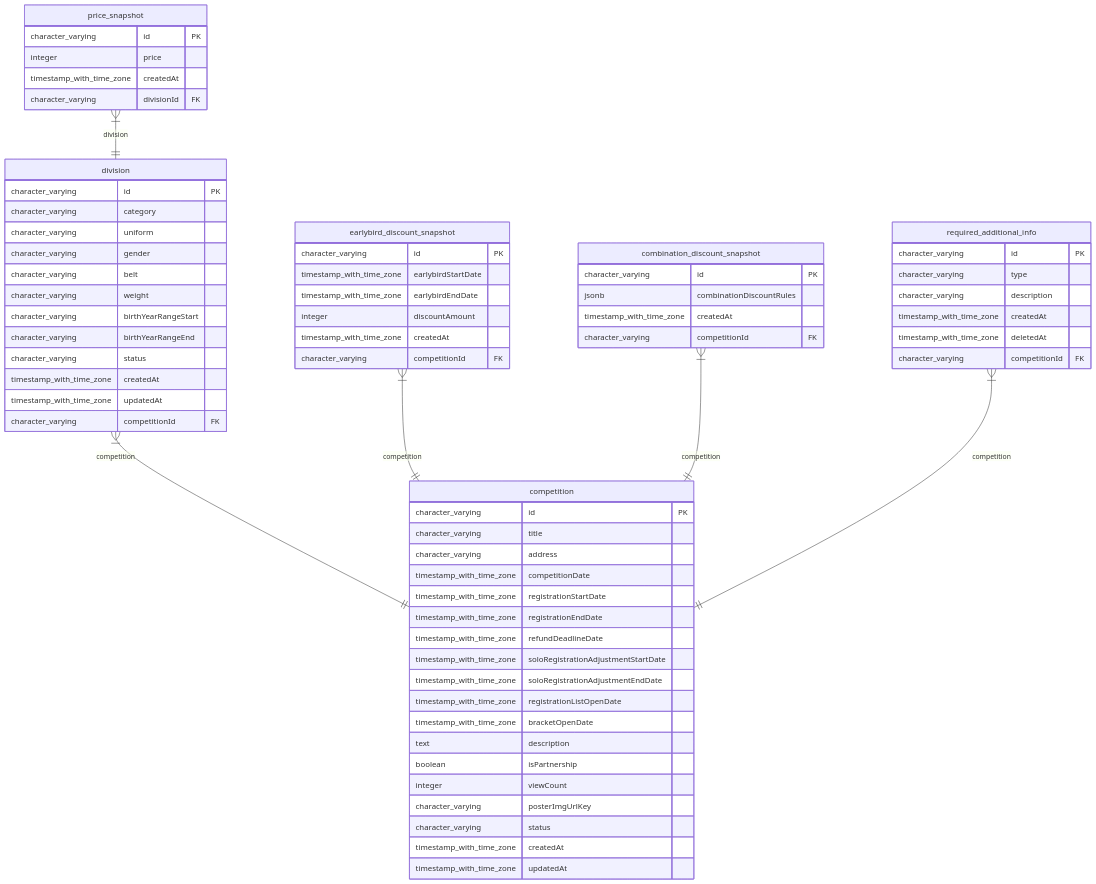
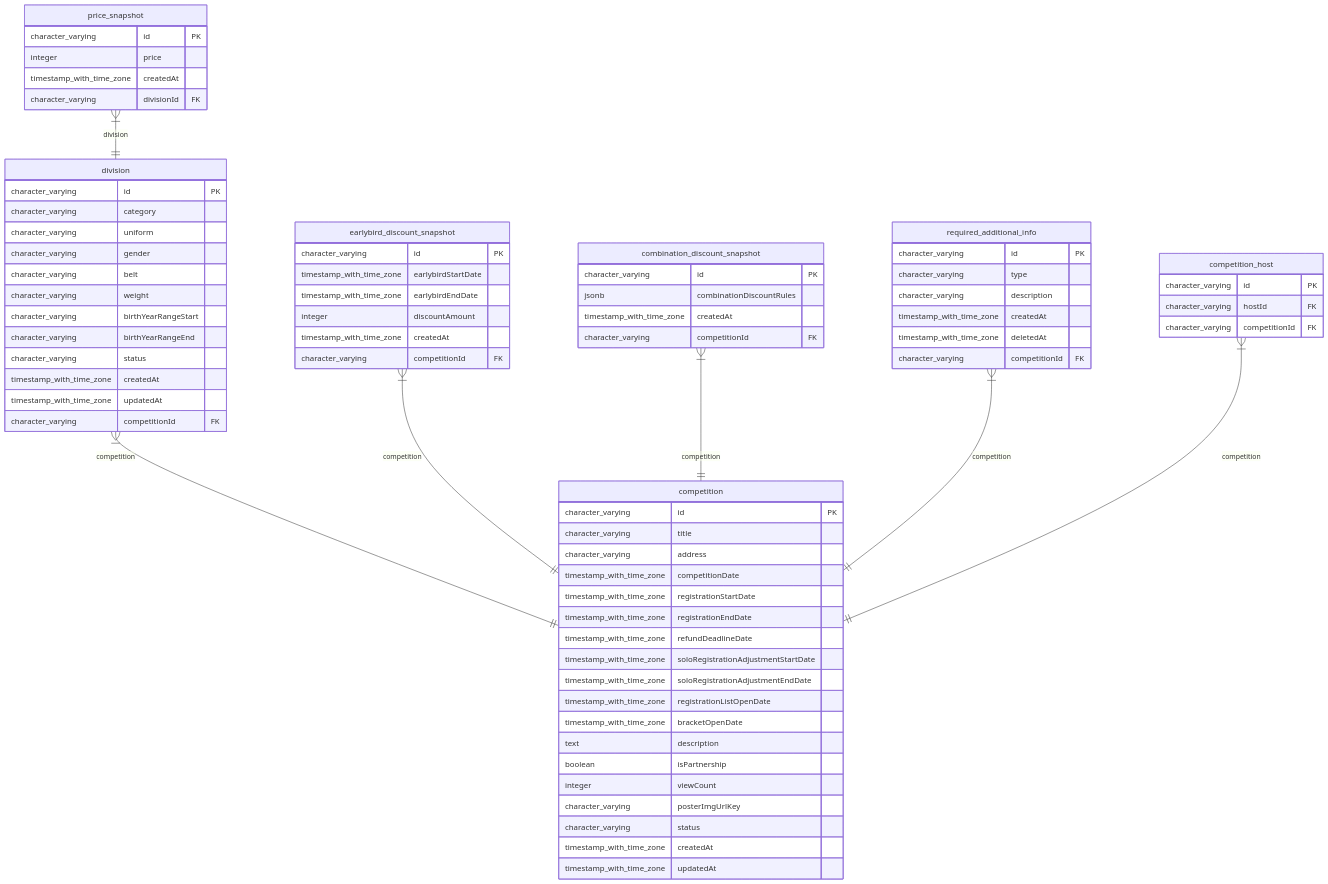
Before and after one commit to NAJUHA-JIUJITSU/najuha-v2-be: the second of 3 diagrams in docs/najiha-v2-erd.md, drawn with Mermaid. The commit also changed other lines of this file and 14 other files, not shown here.

````diff
--- a/docs/najiha-v2-erd.md
+++ b/docs/najiha-v2-erd.md
@@ -213,70 +212,76 @@
 ```mermaid
 erDiagram
   price_snapshot {
     character_varying id PK
     integer price
     timestamp_with_time_zone createdAt
     character_varying divisionId FK
   }
   division {
     character_varying id PK
     character_varying category
     character_varying uniform
     character_varying gender
     character_varying belt
     character_varying weight
     character_varying birthYearRangeStart
     character_varying birthYearRangeEnd
     character_varying status
     timestamp_with_time_zone createdAt
     timestamp_with_time_zone updatedAt
     character_varying competitionId FK
   }
   earlybird_discount_snapshot {
     character_varying id PK
     timestamp_with_time_zone earlybirdStartDate
     timestamp_with_time_zone earlybirdEndDate
     integer discountAmount
     timestamp_with_time_zone createdAt
     character_varying competitionId FK
   }
   combination_discount_snapshot {
     character_varying id PK
     jsonb combinationDiscountRules
     timestamp_with_time_zone createdAt
     character_varying competitionId FK
   }
   required_additional_info {
     character_varying id PK
     character_varying type
     character_varying description
     timestamp_with_time_zone createdAt
     timestamp_with_time_zone deletedAt
     character_varying competitionId FK
   }
+  competition_host {
+    character_varying id PK
+    character_varying hostId FK
+    character_varying competitionId FK
+  }
   competition {
     character_varying id PK
     character_varying title
     character_varying address
     timestamp_with_time_zone competitionDate
     timestamp_with_time_zone registrationStartDate
     timestamp_with_time_zone registrationEndDate
     timestamp_with_time_zone refundDeadlineDate
     timestamp_with_time_zone soloRegistrationAdjustmentStartDate
     timestamp_with_time_zone soloRegistrationAdjustmentEndDate
     timestamp_with_time_zone registrationListOpenDate
     timestamp_with_time_zone bracketOpenDate
     text description
     boolean isPartnership
     integer viewCount
     character_varying posterImgUrlKey
     character_varying status
     timestamp_with_time_zone createdAt
     timestamp_with_time_zone updatedAt
   }
   price_snapshot }|--|| division: division
   division }|--|| competition: competition
   earlybird_discount_snapshot }|--|| competition: competition
   combination_discount_snapshot }|--|| competition: competition
   required_additional_info }|--|| competition: competition
+  competition_host }|--|| competition: competition
 ```
````
